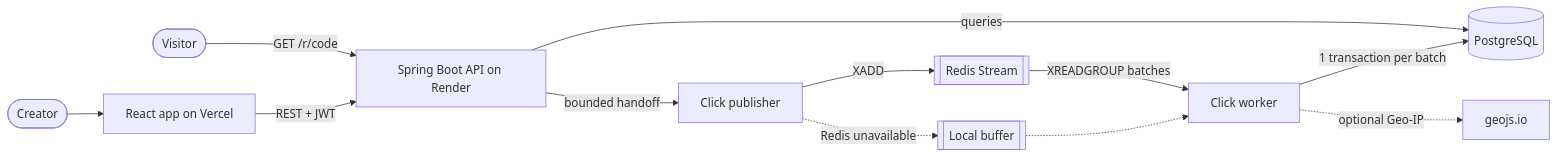
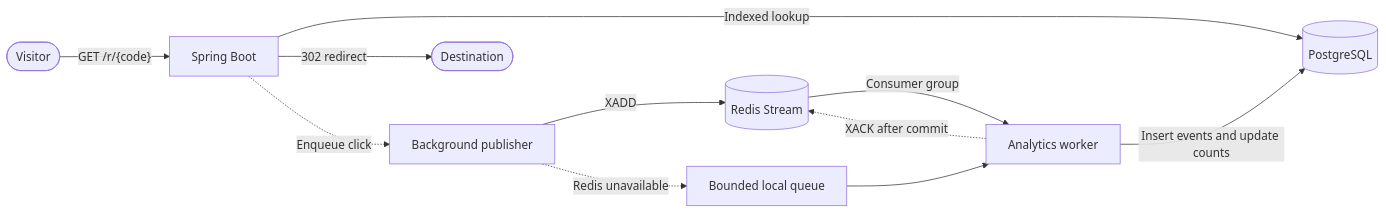
One commit to adocxwork/linkly changed the diagram in README.md. Above: the diagram before and after it, drawn with Mermaid. The commit also changed other lines of this file and 21 other files, not shown here.

````diff
--- a/README.md
+++ b/README.md
@@ -24,11 +27,13 @@
 ```mermaid
 flowchart LR
-    V([Visitor]) -->|GET /r/code| API
-    C([Creator]) --> FE[React app on Vercel] -->|REST + JWT| API[Spring Boot API on Render]
-    API -->|queries| PG[(PostgreSQL)]
-    API -->|bounded handoff| P[Click publisher] -->|XADD| S[[Redis Stream]]
-    S -->|XREADGROUP batches| W[Click worker]
-    P -.->|Redis unavailable| Q[[Local buffer]] -.-> W
-    W -.->|optional Geo-IP| G[geojs.io]
-    W -->|1 transaction per batch| PG
+    Browser([Visitor]) -->|"GET /r/{code}"| API[Spring Boot]
+    API -->|Indexed lookup| PG[(PostgreSQL)]
+    API -->|302 redirect| Target([Destination])
+    API -.->|Enqueue click| Publisher[Background publisher]
+    Publisher -->|XADD| Stream[(Redis Stream)]
+    Publisher -.->|Redis unavailable| Buffer[Bounded local queue]
+    Stream -->|Consumer group| Worker[Analytics worker]
+    Buffer --> Worker
+    Worker -->|Insert events and update counts| PG
+    Worker -.->|XACK after commit| Stream
 ```
````
